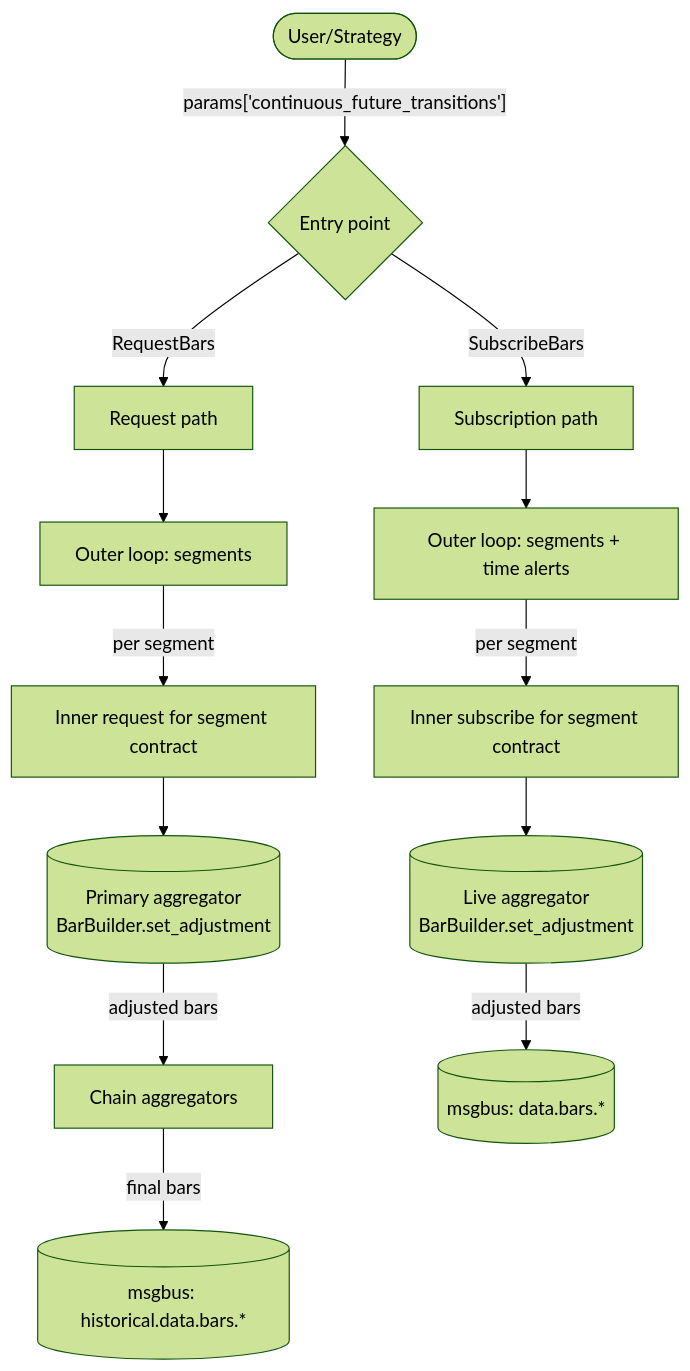
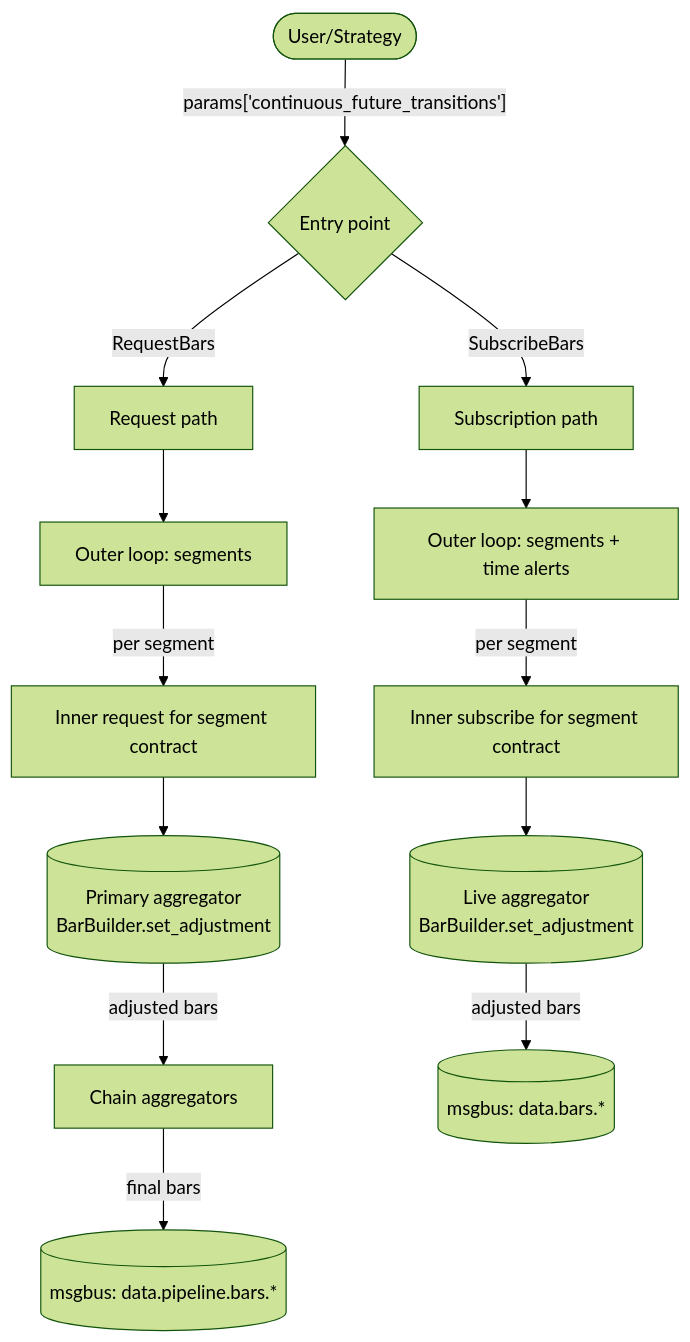
One commit to nautechsystems/nautilus_trader changed the first of 5 diagrams in docs/concepts/continuous_futures.md. Above: the diagram before and after it, drawn with Mermaid (forest theme). The commit also changed other lines of this file and 6 other files, not shown here.

First line of the commit message:
Add DataEngine pipeline topics in Rust

````diff
--- a/docs/concepts/continuous_futures.md
+++ b/docs/concepts/continuous_futures.md
@@ -127,19 +127,19 @@
 ```mermaid
 flowchart TD
     User([User/Strategy]) -->|"params['continuous_future_transitions']"| Entry{"Entry point"}
     Entry -->|RequestBars| ReqPath[Request path]
     Entry -->|SubscribeBars| SubPath[Subscription path]
 
     ReqPath --> OuterReq[Outer loop: segments]
     SubPath --> OuterSub[Outer loop: segments + time alerts]
 
     OuterReq -->|per segment| SubReq[Inner request for segment contract]
     OuterSub -->|per segment| LiveSub[Inner subscribe for segment contract]
 
     SubReq --> Agg[(Primary aggregator<br/>BarBuilder.set_adjustment)]
     LiveSub --> Agg2[(Live aggregator<br/>BarBuilder.set_adjustment)]
 
     Agg -->|adjusted bars| Chain[Chain aggregators]
     Agg2 -->|adjusted bars| MsgBus[(msgbus: data.bars.*)]
-    Chain -->|final bars| HistBus[(msgbus: historical.data.bars.*)]
+    Chain -->|final bars| PipelineBus[(msgbus: data.pipeline.bars.*)]
 ```
````
